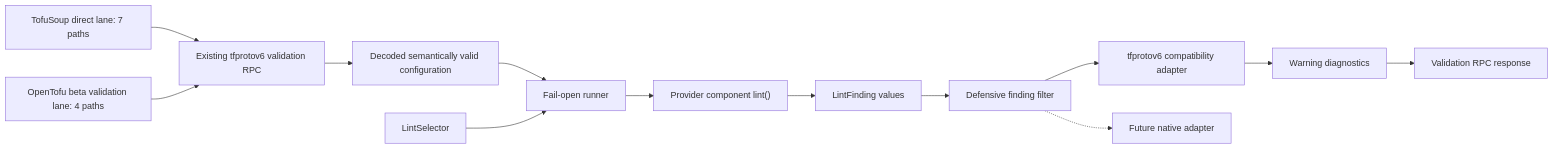
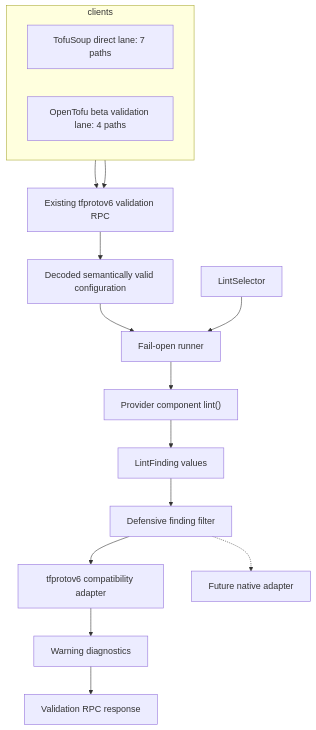
One commit to provide-io/pyvider changed the diagram in docs/core-concepts/provider-linting.md. Above: the diagram before and after it, drawn with Mermaid. The commit also changed 1 other file, not shown here.

Commit message:
docs: reflow provider linting diagram

````diff
--- a/docs/core-concepts/provider-linting.md
+++ b/docs/core-concepts/provider-linting.md
@@ -131,25 +131,29 @@
 ```mermaid
-flowchart LR
-    tofusoup["TofuSoup direct lane: 7 paths"]
-    opentofu["OpenTofu beta validation lane: 4 paths"]
+flowchart TB
+    subgraph clients
+        direction LR
+        tofusoup["TofuSoup direct lane: 7 paths"]
+        opentofu["OpenTofu beta validation lane: 4 paths"]
+    end
+
     validation_rpc["Existing tfprotov6 validation RPC"]
     config["Decoded semantically valid configuration"]
     selector["LintSelector"]
     runner["Fail-open runner"]
     hook["Provider component lint()"]
     findings["LintFinding values"]
     finding_filter["Defensive finding filter"]
     compatibility_adapter["tfprotov6 compatibility adapter"]
     warnings["Warning diagnostics"]
     response["Validation RPC response"]
     native_adapter["Future native adapter"]
 
     tofusoup --> validation_rpc
     opentofu --> validation_rpc
     validation_rpc --> config
     config --> runner
     selector --> runner
     runner --> hook --> findings --> finding_filter
     finding_filter --> compatibility_adapter --> warnings --> response
     finding_filter -.-> native_adapter
 ```
````
